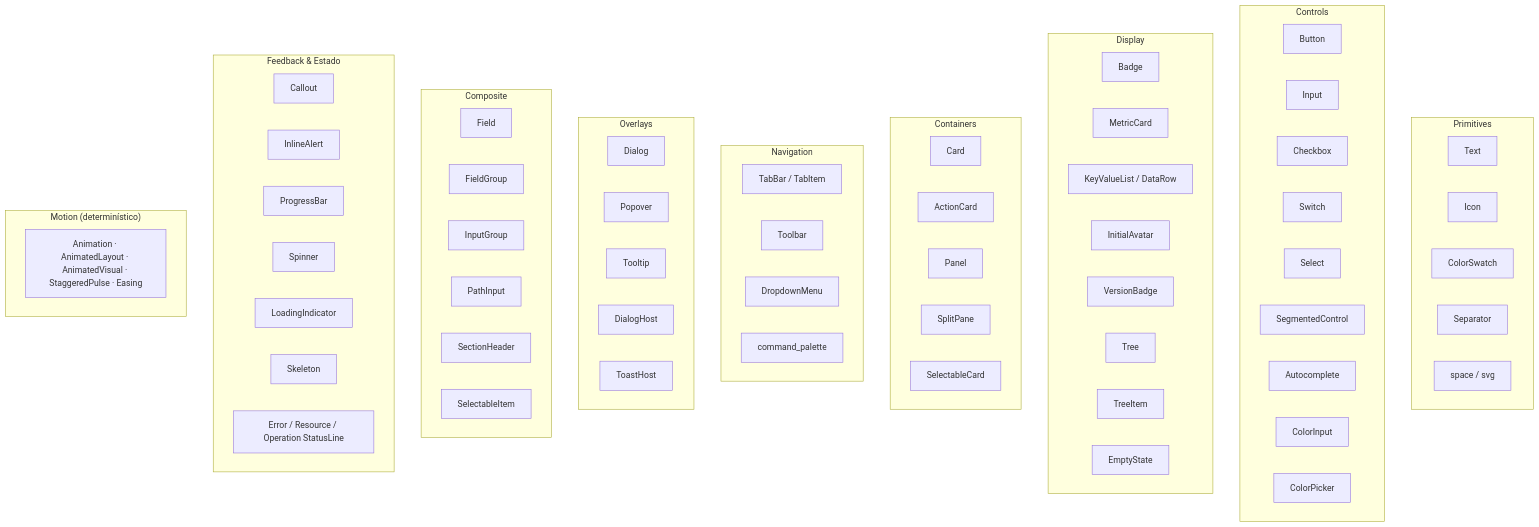
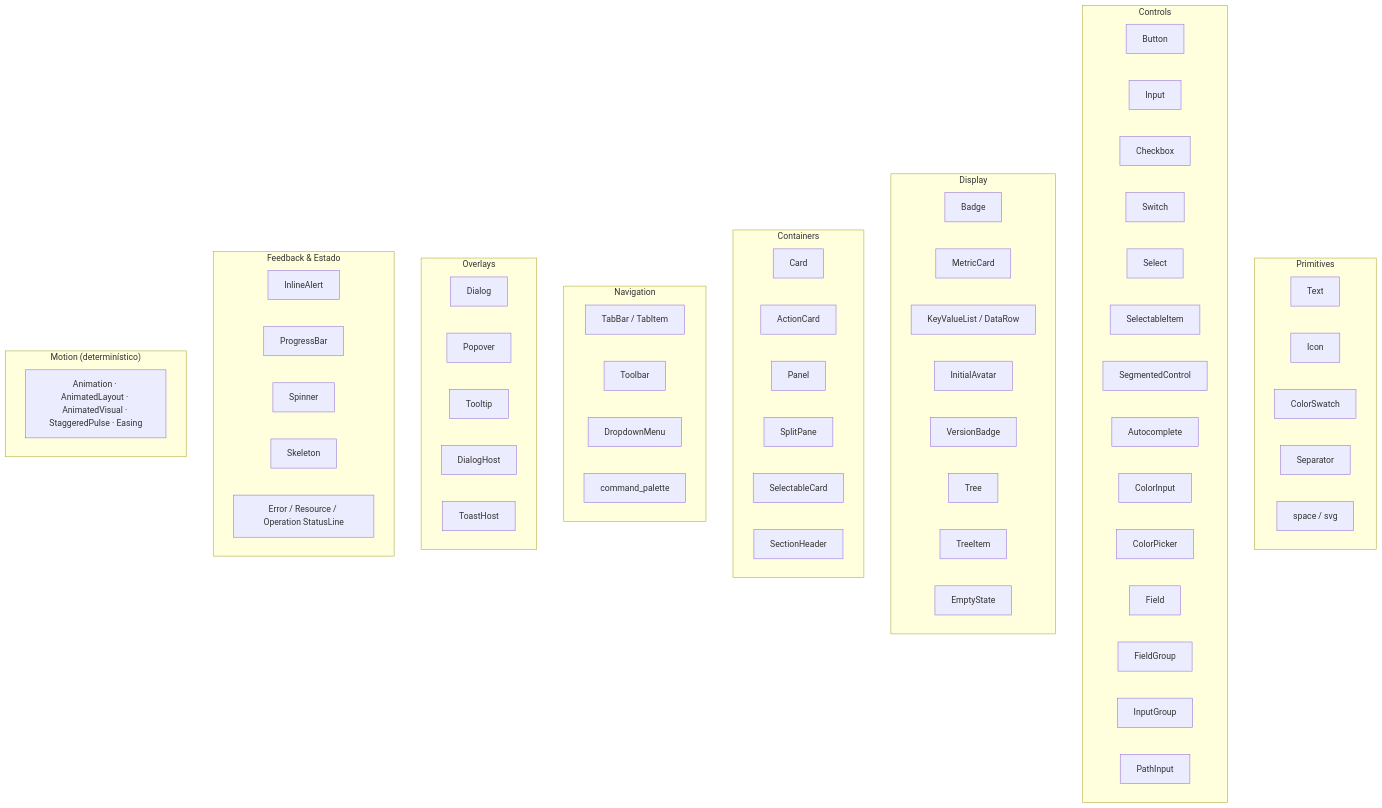
The third of 3 diagrams in docs/architecture/design-system.md (JirlanSouza/nive), drawn with Mermaid before and after one commit. The commit also changed other lines of this file and 3 other files, not shown here.

First line of the commit message:
docs: update architecture docs and README for new widget taxonomy

````diff
--- a/docs/architecture/design-system.md
+++ b/docs/architecture/design-system.md
@@ -126,72 +126,68 @@
 ```mermaid
 flowchart TB
     subgraph primitives["Primitives"]
         Text
         Icon
         ColorSwatch
         Separator
         SpaceSvg["space / svg"]
     end
     subgraph controls["Controls"]
         Button
         Input
         Checkbox
         Switch
         Select
+        SelectableItem
         SegmentedControl
         Autocomplete
         ColorInput
         ColorPicker
+        Field
+        FieldGroup
+        InputGroup
+        PathInput
     end
     subgraph display["Display"]
         Badge
         MetricCard
         KeyValueList["KeyValueList / DataRow"]
         InitialAvatar
         VersionBadge
         Tree
         TreeItem
         EmptyState
     end
     subgraph containers["Containers"]
         Card
         ActionCard
         Panel
         SplitPane
         SelectableCard
+        SectionHeader
     end
     subgraph navigation["Navigation"]
         Tabs["TabBar / TabItem"]
         Toolbar
         DropdownMenu
         CommandPalette["command_palette"]
     end
     subgraph overlays["Overlays"]
         Dialog
         Popover
         Tooltip
         DialogHost
         ToastHost
     end
-    subgraph composite["Composite"]
-        Field
-        FieldGroup
-        InputGroup
-        PathInput
-        SectionHeader
-        SelectableItem
-    end
     subgraph feedback["Feedback & Estado"]
-        Callout
         InlineAlert
         ProgressBar
         Spinner
-        LoadingIndicator
         Skeleton
         EmptyState
         StatusLines["Error / Resource / Operation StatusLine"]
     end
     subgraph motion["Motion (determinístico)"]
         Animation["Animation · AnimatedLayout · AnimatedVisual · StaggeredPulse · Easing"]
     end
 ```
````
